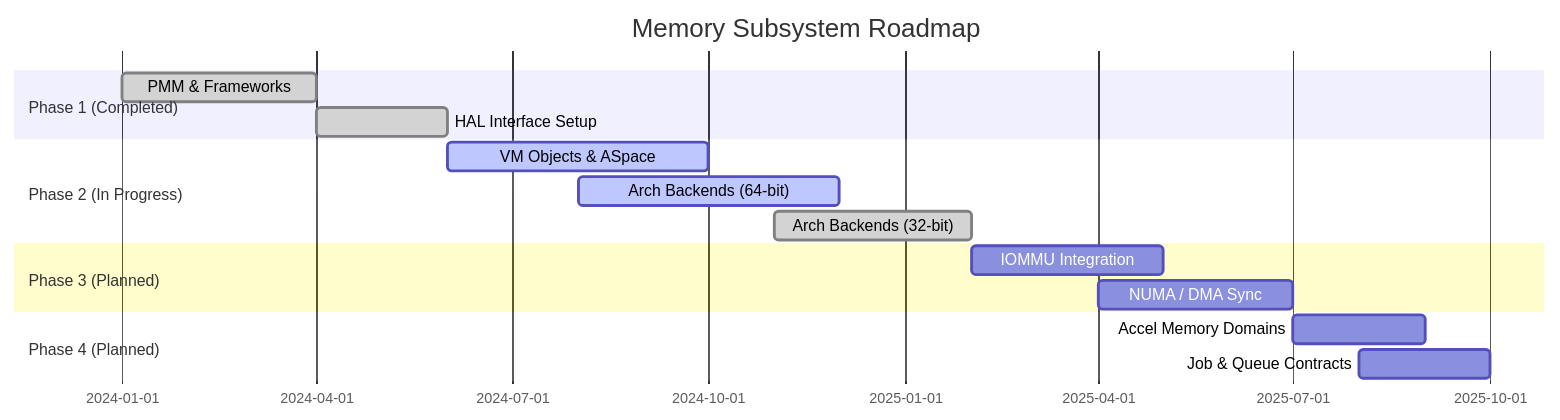
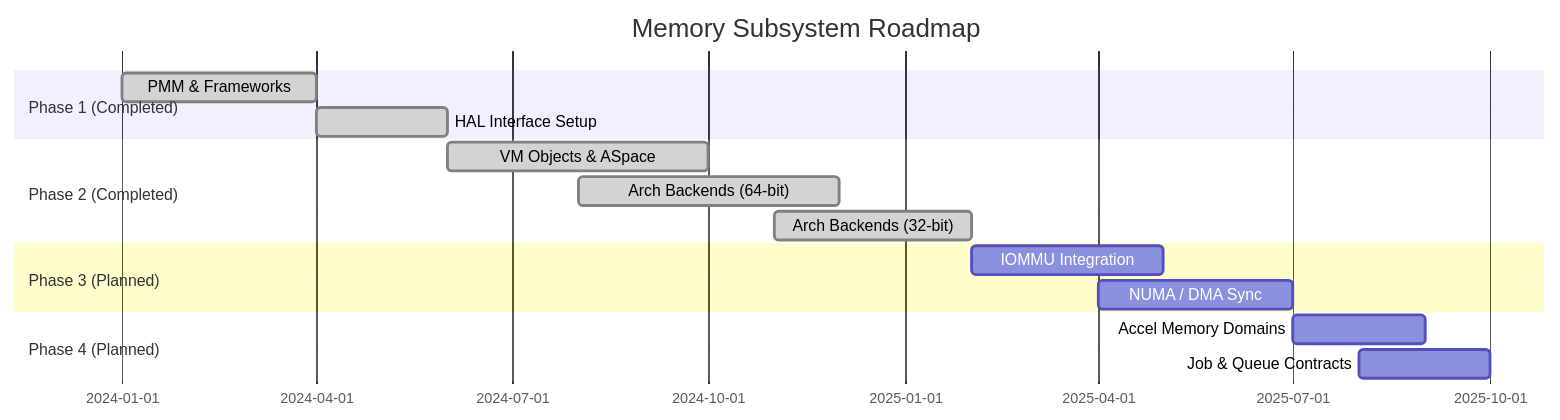
One commit to CloudCarpentry/Bharat-OS changed the diagram in docs/architecture/memory/memory-roadmap-consolidated.md. Above: the diagram before and after it, drawn with Mermaid. The commit also changed other lines of this file and 1 other file, not shown here.

First line of the commit message:
I've updated the memory architecture documentation and roadmap to reflect our recent 64-bit boot success. Here is a summary of the changes I made:

````diff
--- a/docs/architecture/memory/memory-roadmap-consolidated.md
+++ b/docs/architecture/memory/memory-roadmap-consolidated.md
@@ -68,18 +69,18 @@
 ```mermaid
 gantt
     title Memory Subsystem Roadmap
     dateFormat YYYY-MM-DD
     section Phase 1 (Completed)
     PMM & Frameworks      :done,    des1, 2024-01-01, 2024-04-01
     HAL Interface Setup   :done,    des2, 2024-04-01, 2024-06-01
-    section Phase 2 (In Progress)
-    VM Objects & ASpace   :active,  des3, 2024-06-01, 2024-10-01
-    Arch Backends (64-bit):active,  des4, 2024-08-01, 2024-12-01
+    section Phase 2 (Completed)
+    VM Objects & ASpace   :done,    des3, 2024-06-01, 2024-10-01
+    Arch Backends (64-bit):done,    des4, 2024-08-01, 2024-12-01
     Arch Backends (32-bit):done,    des5, 2024-11-01, 2025-02-01
     section Phase 3 (Planned)
     IOMMU Integration     :         des6, 2025-02-01, 2025-05-01
     NUMA / DMA Sync       :         des7, 2025-04-01, 2025-07-01
     section Phase 4 (Planned)
     Accel Memory Domains  :         des8, 2025-07-01, 2025-09-01
     Job & Queue Contracts :         des9, 2025-08-01, 2025-10-01
 ```
````
